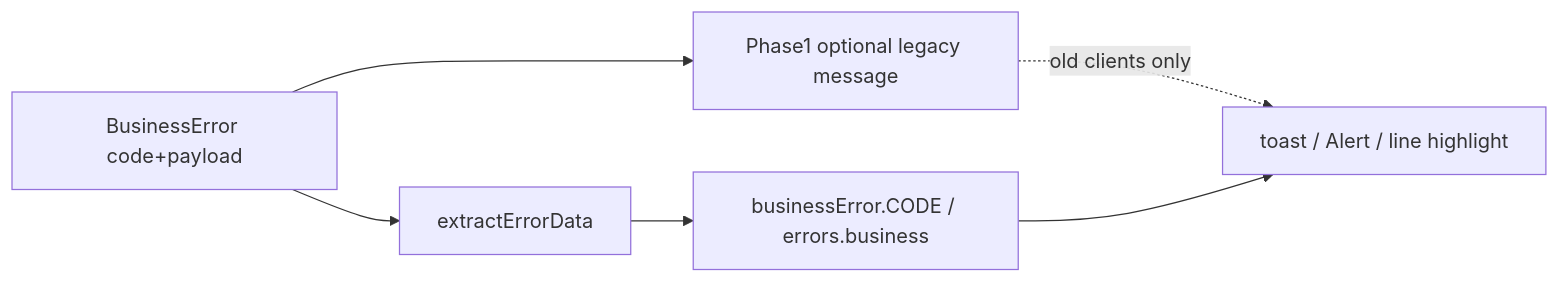
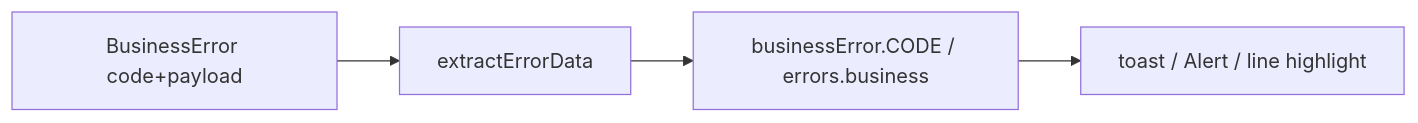
The diagram in devGuide/cross-client-business-error-handling.md (lancety/xituan_agent), drawn with Mermaid before and after one commit. The commit also changed other lines of this file and 6 other files, not shown here.

````diff
--- a/devGuide/cross-client-business-error-handling.md
+++ b/devGuide/cross-client-business-error-handling.md
@@ -16,8 +15,6 @@
 ```mermaid
 flowchart LR
-  Biz[BusinessError code+payload] --> Dual[Phase1 optional legacy message]
-  Biz --> Parse[extractErrorData]
-  Dual -.->|old clients only| UI
+  Biz[BusinessError code+payload] --> Parse[extractErrorData]
   Parse --> I18n[businessError.CODE / errors.business]
   I18n --> UI[toast / Alert / line highlight]
 ```
````
